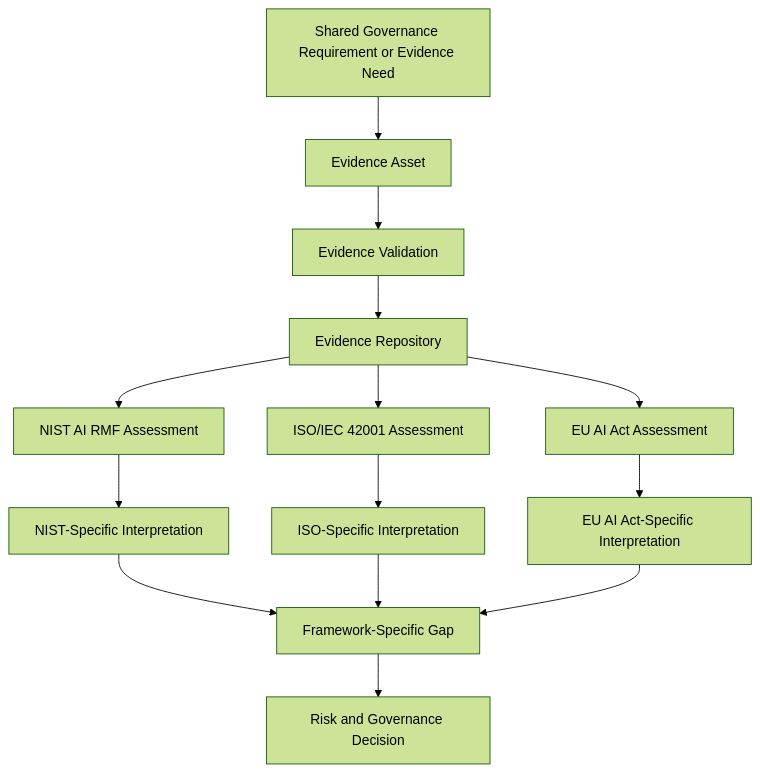
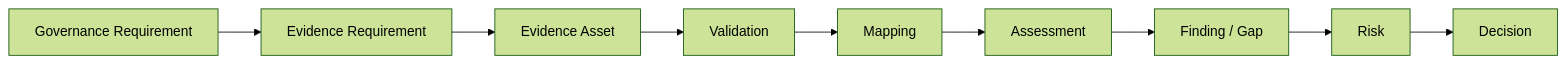
One commit to SamJ083/evidence-convergence-framework changed the ninth of 10 diagrams in 03_Reference_Architecture/Evidence-Architecture.md. Above: the diagram before and after it, drawn with Mermaid (forest theme). The commit also changed other lines of this file, not shown here.

First line of the commit message:
Corrected the file contents to Evidence Architecture

````diff
--- a/03_Reference_Architecture/Evidence-Architecture.md
+++ b/03_Reference_Architecture/Evidence-Architecture.md
@@ -1002,36 +1210,21 @@
 ```mermaid
-flowchart TD
-    A[Shared Governance Requirement or Evidence Need]
-    B[Evidence Asset]
-    C[Evidence Validation]
-    D[Evidence Repository]
-
-    E[NIST AI RMF Assessment]
-    F[ISO/IEC 42001 Assessment]
-    G[EU AI Act Assessment]
-    
-    H[NIST-Specific Interpretation]
-    I[ISO-Specific Interpretation]
-    J[EU AI Act-Specific Interpretation]
-
-    K[Framework-Specific Gap]
-    L[Risk and Governance Decision]
+flowchart LR
+    A[Governance Requirement]
+    B[Evidence Requirement]
+    C[Evidence Asset]
+    D[Validation]
+    E[Mapping]
+    F[Assessment]
+    G[Finding / Gap]
+    H[Risk]
+    I[Decision]
 
     A --> B
     B --> C
     C --> D
-
     D --> E
-    D --> F
-    D --> G
-
-    E --> H
-    F --> I
-    G --> J
-
-    H --> K
-    I --> K
-    J --> K
-
-    K --> L
+    E --> F
+    F --> G
+    G --> H
+    H --> I
 ```
````
